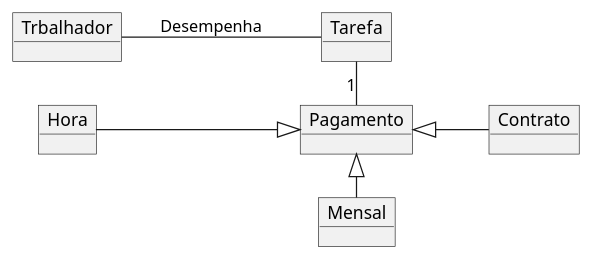
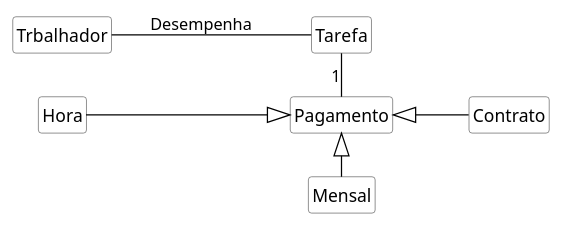
The diagram in imagens/modelos-05/mod05ima07/mod05ima07.plantuml (kyriosdata/oo), drawn with PlantUML before and after one commit. The commit also changed 11 other files, not shown here.

```diff
--- a/imagens/modelos-05/mod05ima07/mod05ima07.plantuml
+++ b/imagens/modelos-05/mod05ima07/mod05ima07.plantuml
@@ -1,14 +1,23 @@
 @startuml mod05ima07
-object "Trbalhador" as tr
-object "Tarefa" as ta
-object "Hora" as ho
-object "Pagamento" as pa
-object "Contrato" as co
-object "Mensal" as me
+hide circle
+hide methods
+hide empty members
+
+skinparam class {
+    BackgroundColor White
+    ArrowColor Black
+    BorderColor #505050
+}
+class "Trbalhador" as tr
+class "Tarefa" as ta
+class "Hora" as ho
+class "Pagamento" as pa
+class "Contrato" as co
+class "Mensal" as me
 left to right direction
 tr -- ta : Desempenha
 ta -right-"1" pa
 ho --|> pa
 co -up-|> pa
 me -left-|> pa
 @enduml
```
